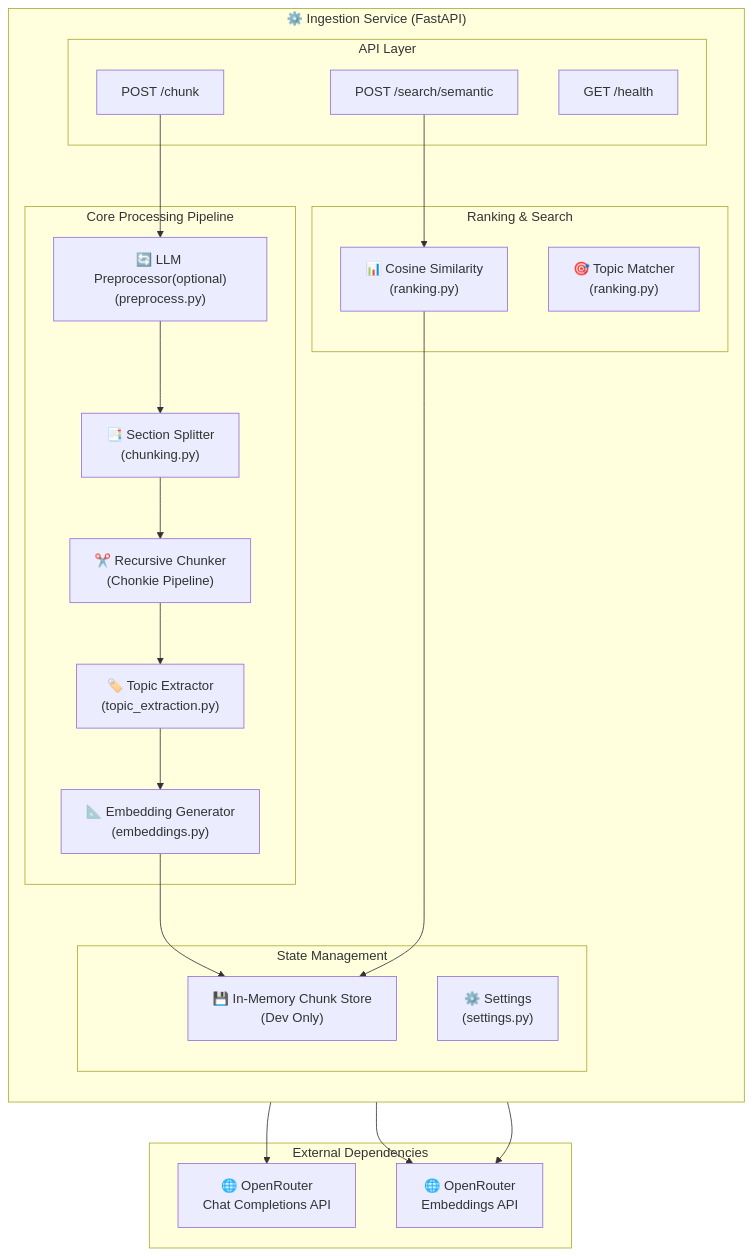
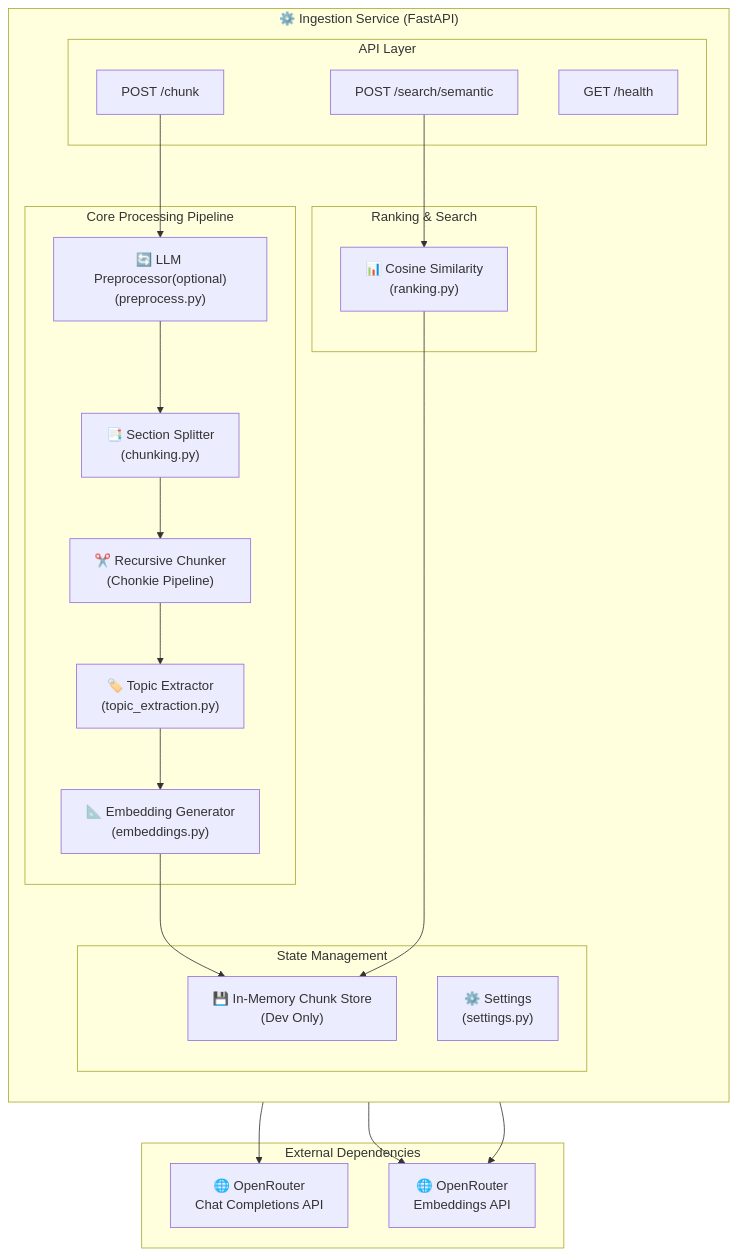
The second of 17 diagrams in services/ingestion/ARCHITECTURE.md (a1amit/CourseLLM-Firebase), drawn with Mermaid before and after one commit. The commit also changed other lines of this file and 1 other file, not shown here.

Commit message:
removed legacy ranking system and updated the architecture

````diff
--- a/services/ingestion/ARCHITECTURE.md
+++ b/services/ingestion/ARCHITECTURE.md
@@ -116,48 +116,47 @@
 ```mermaid
 flowchart TB
     subgraph IngestionService["⚙️ Ingestion Service (FastAPI)"]
         direction TB
         
         subgraph API["API Layer"]
             HealthEndpoint["GET /health"]
             ChunkEndpoint["POST /chunk"]
             SearchEndpoint["POST /search/semantic"]
         end
         
         subgraph Core["Core Processing Pipeline"]
             Preprocessor["🔄 LLM Preprocessor(optional)<br/>(preprocess.py)"]
             SectionSplitter["📑 Section Splitter<br/>(chunking.py)"]
             Chunker["✂️ Recursive Chunker<br/>(Chonkie Pipeline)"]
             TopicExtractor["🏷️ Topic Extractor<br/>(topic_extraction.py)"]
             EmbeddingGenerator["📐 Embedding Generator<br/>(embeddings.py)"]
         end
         
         subgraph Ranking["Ranking & Search"]
             CosineSim["📊 Cosine Similarity<br/>(ranking.py)"]
-            TopicMatcher["🎯 Topic Matcher<br/>(ranking.py)"]
         end
         
         subgraph State["State Management"]
             InMemoryStore["💾 In-Memory Chunk Store<br/>(Dev Only)"]
             Settings["⚙️ Settings<br/>(settings.py)"]
         end
     end
     
     subgraph External["External Dependencies"]
         OpenRouterLLM["🌐 OpenRouter<br/>Chat Completions API"]
         OpenRouterEmbed["🌐 OpenRouter<br/>Embeddings API"]
     end
     
     ChunkEndpoint --> Preprocessor
     Preprocessor --> OpenRouterLLM
     Preprocessor --> SectionSplitter
     SectionSplitter --> Chunker
     Chunker --> TopicExtractor
     TopicExtractor --> EmbeddingGenerator
     EmbeddingGenerator --> OpenRouterEmbed
     EmbeddingGenerator --> InMemoryStore
     
     SearchEndpoint --> CosineSim
     SearchEndpoint --> OpenRouterEmbed
     CosineSim --> InMemoryStore
 ```
````
